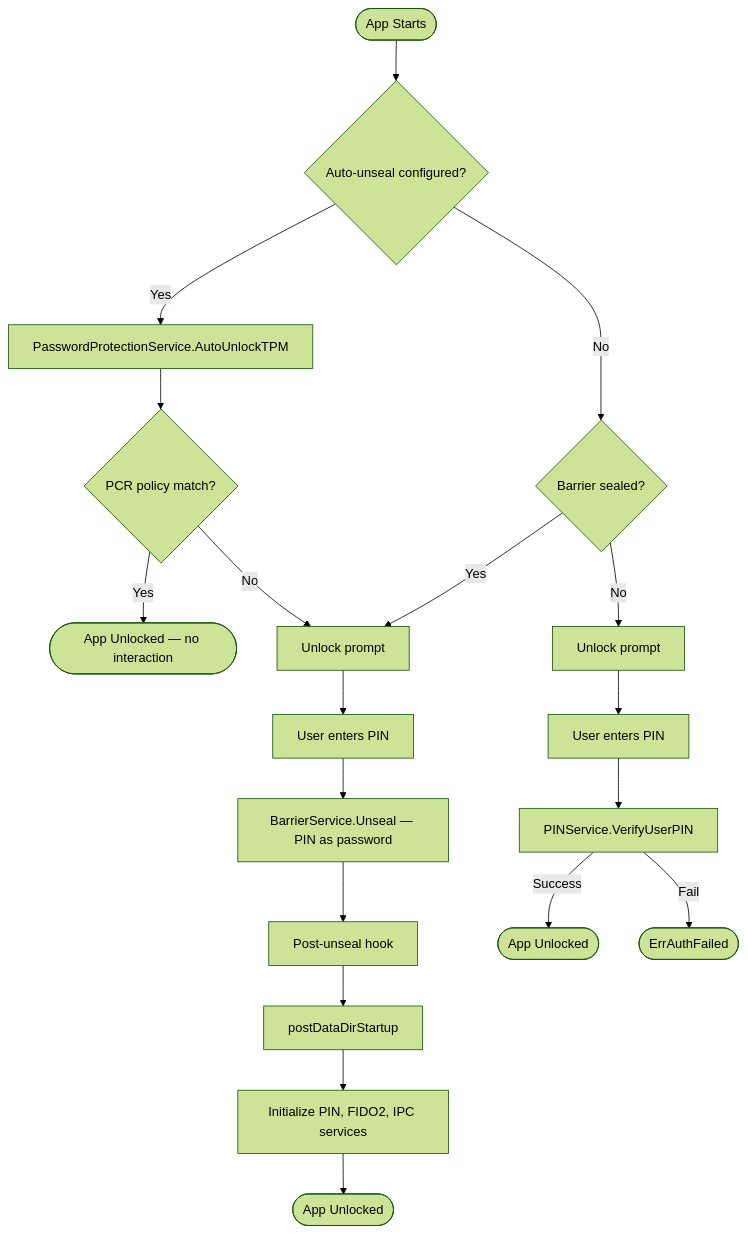
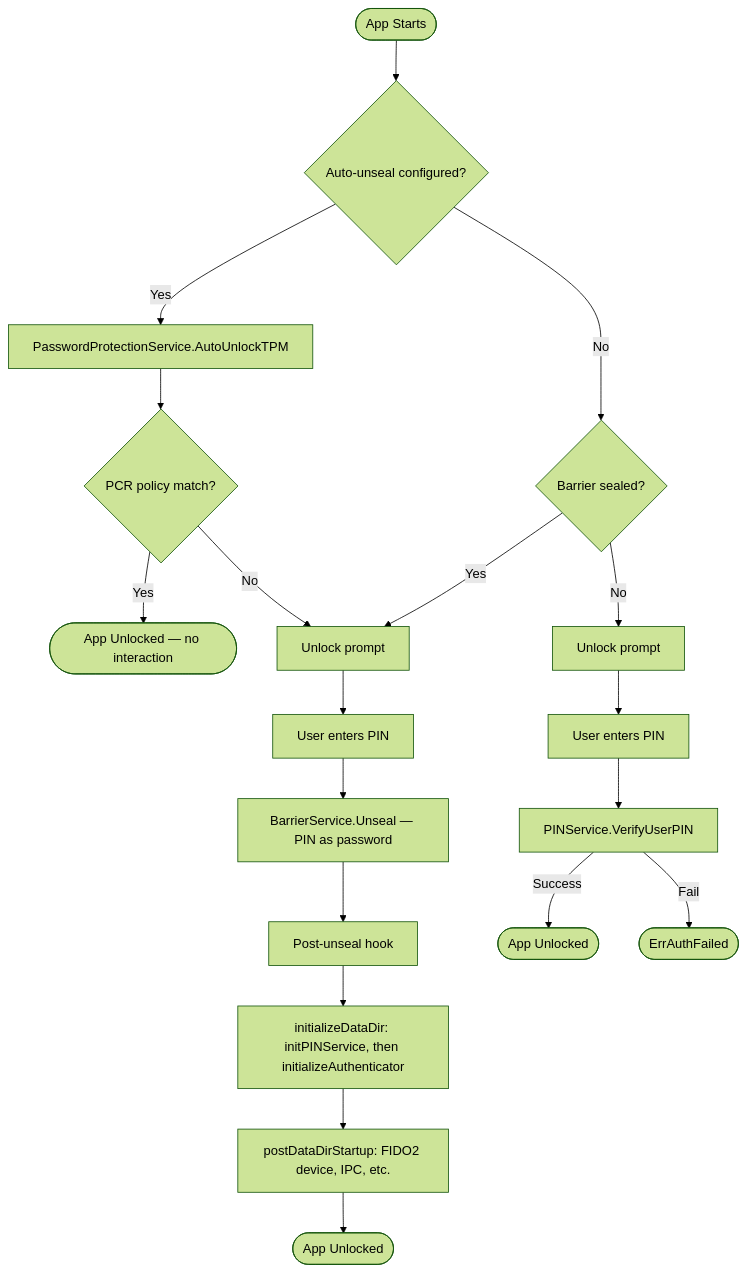
One commit to jeremyhahn/go-xkms changed the third of 5 diagrams in xkey/docs/architecture/setup-and-unlock-flow.md. Above: the diagram before and after it, drawn with Mermaid (forest theme). The commit also changed other lines of this file and 6 other files, not shown here.

Commit message:
fix(xkey): initialise the PIN service before publishing it to the authenticator (#640) (#644)

````diff
--- a/xkey/docs/architecture/setup-and-unlock-flow.md
+++ b/xkey/docs/architecture/setup-and-unlock-flow.md
@@ -108,25 +109,25 @@
 ```mermaid
 flowchart TD
     START([App Starts]) --> D1{Auto-unseal configured?}
 
     D1 -->|Yes| AU[PasswordProtectionService.AutoUnlockTPM]
     AU --> AUR{PCR policy match?}
     AUR -->|Yes| AUTO([App Unlocked — no interaction])
     AUR -->|No| PROMPT
 
     D1 -->|No| D2{Barrier sealed?}
     D2 -->|Yes| PROMPT
     D2 -->|No| PROMPT2
 
     PROMPT[Unlock prompt] --> PIN1[User enters PIN]
     PIN1 --> UNSEAL[BarrierService.Unseal — PIN as password]
     UNSEAL --> HOOK[Post-unseal hook]
-    HOOK --> POST[postDataDirStartup]
-    POST --> INIT[Initialize PIN, FIDO2, IPC services]
-    INIT --> DONE1([App Unlocked])
+    HOOK --> IDD[initializeDataDir: initPINService, then initializeAuthenticator]
+    IDD --> POST[postDataDirStartup: FIDO2 device, IPC, etc.]
+    POST --> DONE1([App Unlocked])
 
     PROMPT2[Unlock prompt] --> PIN2[User enters PIN]
     PIN2 --> VERIFY[PINService.VerifyUserPIN]
     VERIFY -->|Success| DONE2([App Unlocked])
     VERIFY -->|Fail| ERR([ErrAuthFailed])
 ```
````
